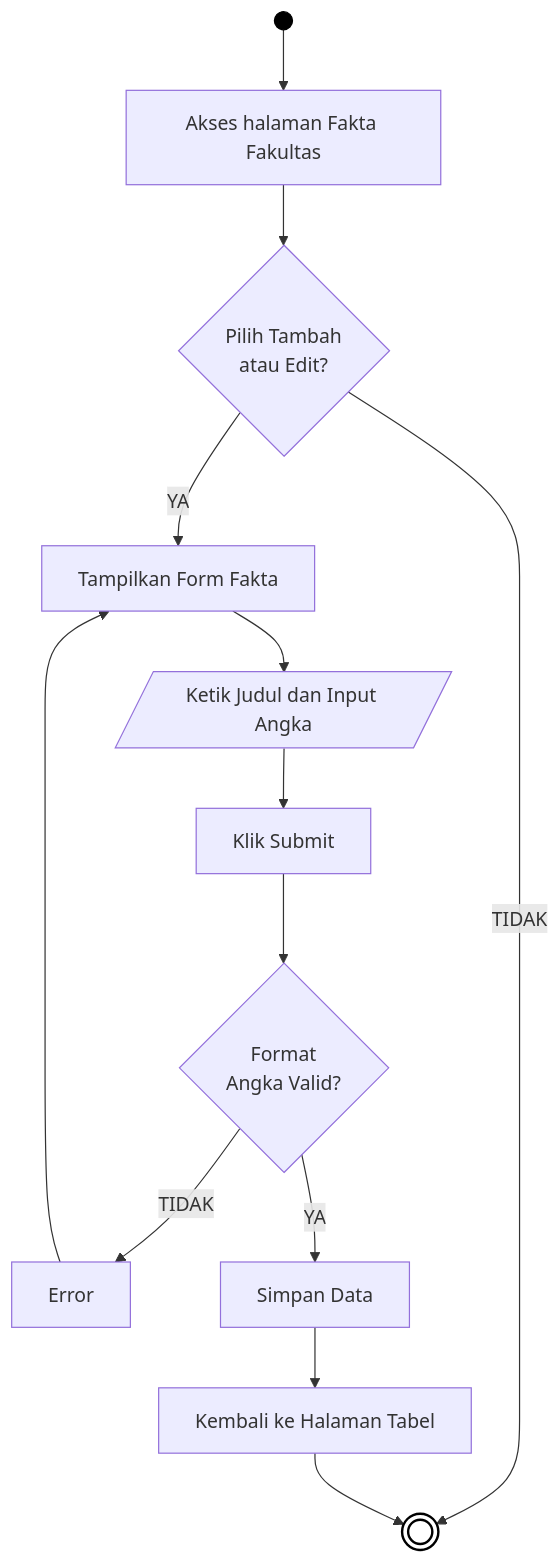
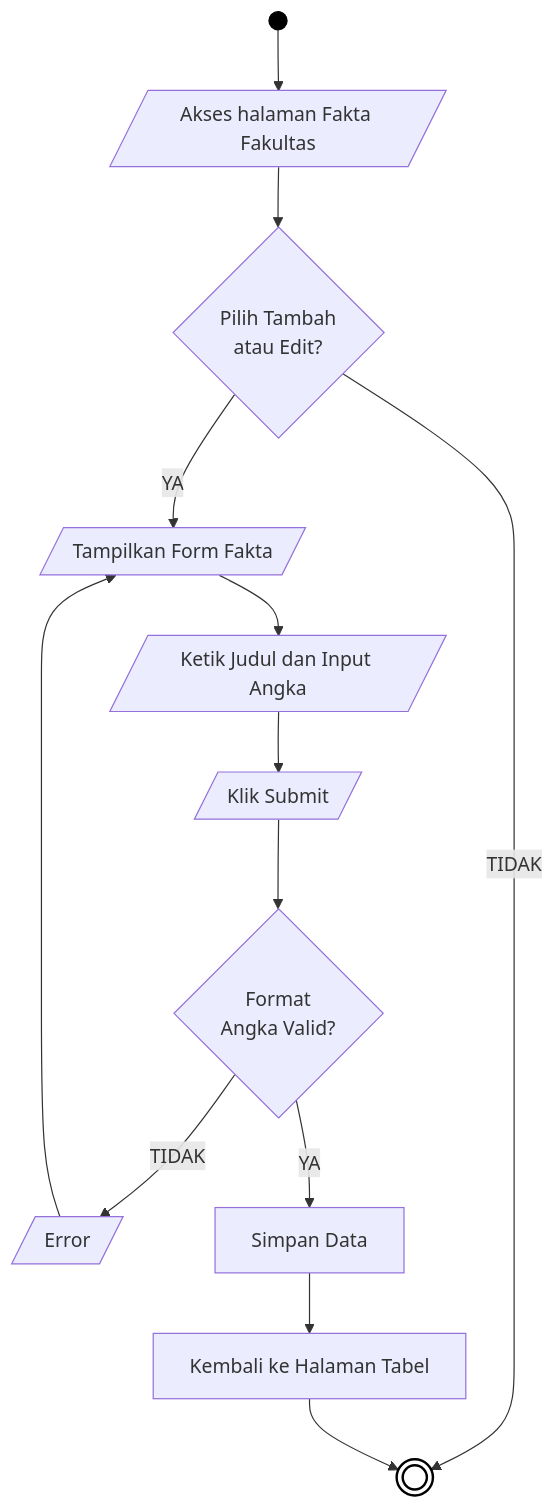
One commit to arbain-dev/Web_fikom changed the fourth of 21 diagrams in docs/01_DIAGRAM_AKTIVITAS.md. Above: the diagram before and after it, drawn with Mermaid. The commit also changed other lines of this file, not shown here.

````diff
--- a/docs/01_DIAGRAM_AKTIVITAS.md
+++ b/docs/01_DIAGRAM_AKTIVITAS.md
@@ -117,22 +117,22 @@
 ```mermaid
 flowchart TD
-    Start(( )) --> A[Akses halaman Fakta Fakultas]
+    Start(( )) --> A[/Akses halaman Fakta Fakultas/]
     
     A --> B{Pilih Tambah\natau Edit?}
     B -- TIDAK --> End((( )))
     
-    B -- YA --> C[Tampilkan Form Fakta]
+    B -- YA --> C[/Tampilkan Form Fakta/]
     C --> D[/Ketik Judul dan Input Angka/]
-    D --> E[Klik Submit]
+    D --> E[/Klik Submit/]
     
     E --> F{Format\nAngka Valid?}
-    F -- TIDAK --> G[Error]
+    F -- TIDAK --> G[/Error/]
     G --> C
     
     F -- YA --> H[Simpan Data]
     H --> I[Kembali ke Halaman Tabel]
     I --> End
     
     style Start fill:#000,stroke:#000,color:#000
     style End fill:#fff,stroke:#000,stroke-width:2px
 ```
````
